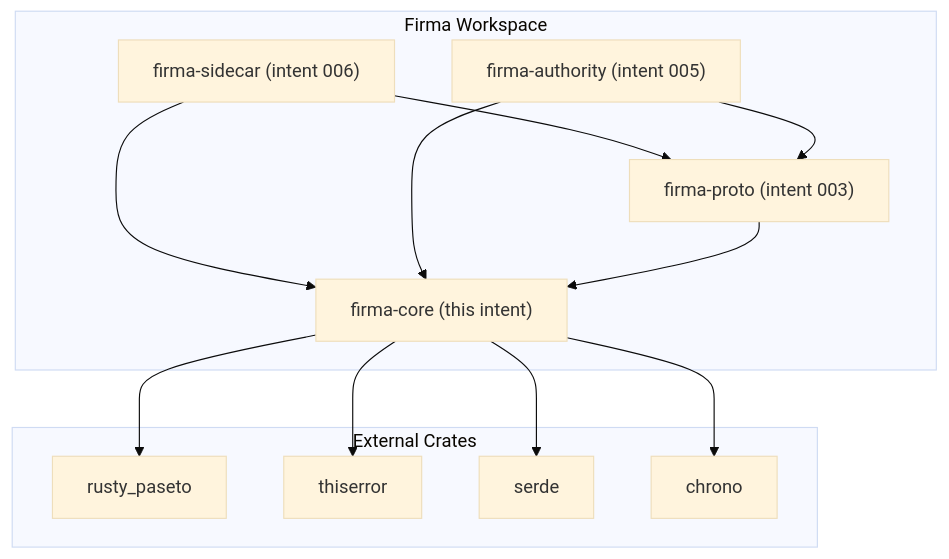
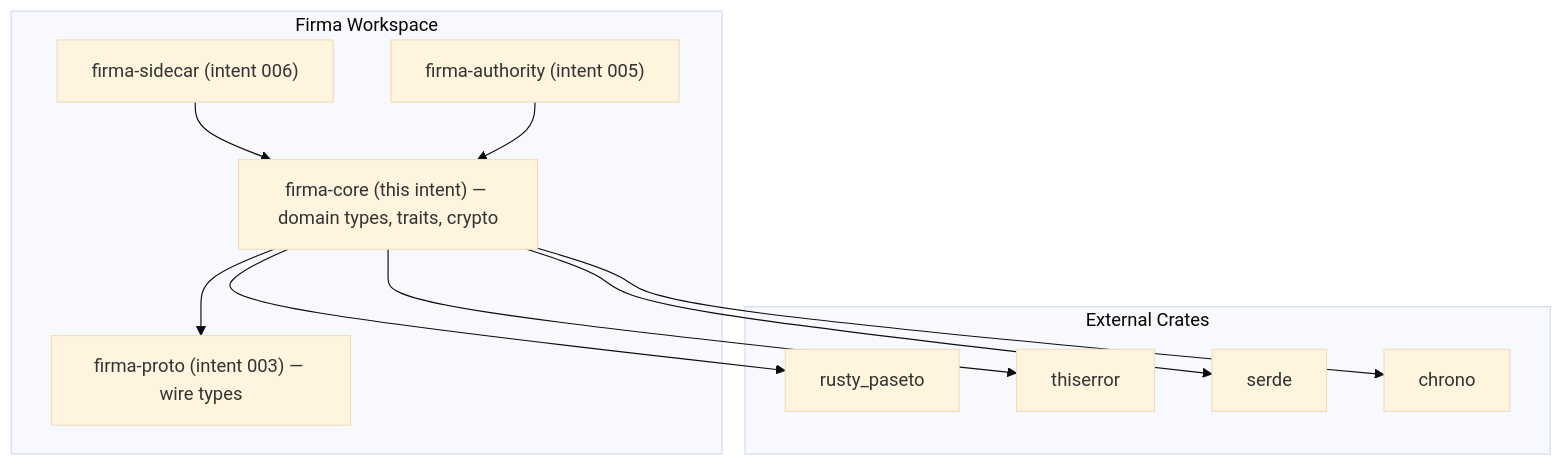
One commit to Firma-AI/openfirma changed the diagram in memory-bank/intents/002-core-types-shared-library/system-context.md. Above: the diagram before and after it, drawn with Mermaid (base theme). The commit also changed other lines of this file and 2 other files, not shown here.

Commit message:
update deps

````diff
--- a/memory-bank/intents/002-core-types-shared-library/system-context.md
+++ b/memory-bank/intents/002-core-types-shared-library/system-context.md
@@ -16,27 +16,25 @@
 ```mermaid
 graph TD
     subgraph "Firma Workspace"
-        CORE["firma-core (this intent)"]
-        PROTO["firma-proto (intent 003)"]
+        PROTO["firma-proto (intent 003) — wire types"]
+        CORE["firma-core (this intent) — domain types, traits, crypto"]
         SIDECAR["firma-sidecar (intent 006)"]
         AUTHORITY["firma-authority (intent 005)"]
     end
 
     subgraph "External Crates"
         PASETO["rusty_paseto"]
         THISERROR["thiserror"]
         SERDE["serde"]
         CHRONO["chrono"]
     end
 
+    CORE --> PROTO
     SIDECAR --> CORE
-    SIDECAR --> PROTO
     AUTHORITY --> CORE
-    AUTHORITY --> PROTO
-    PROTO --> CORE
 
     CORE --> PASETO
     CORE --> THISERROR
     CORE --> SERDE
     CORE --> CHRONO
 ```
````
